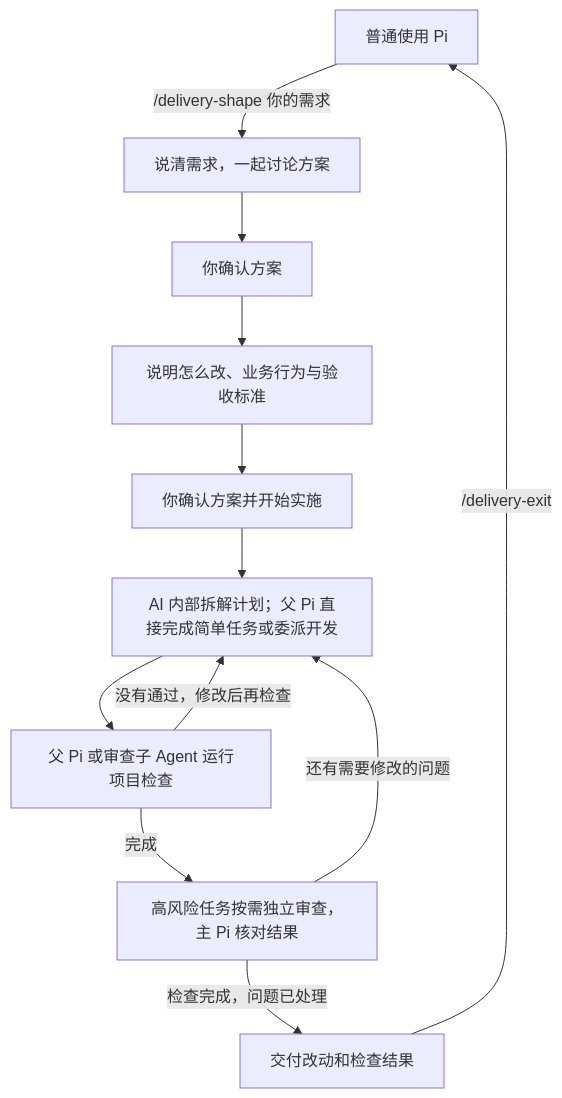
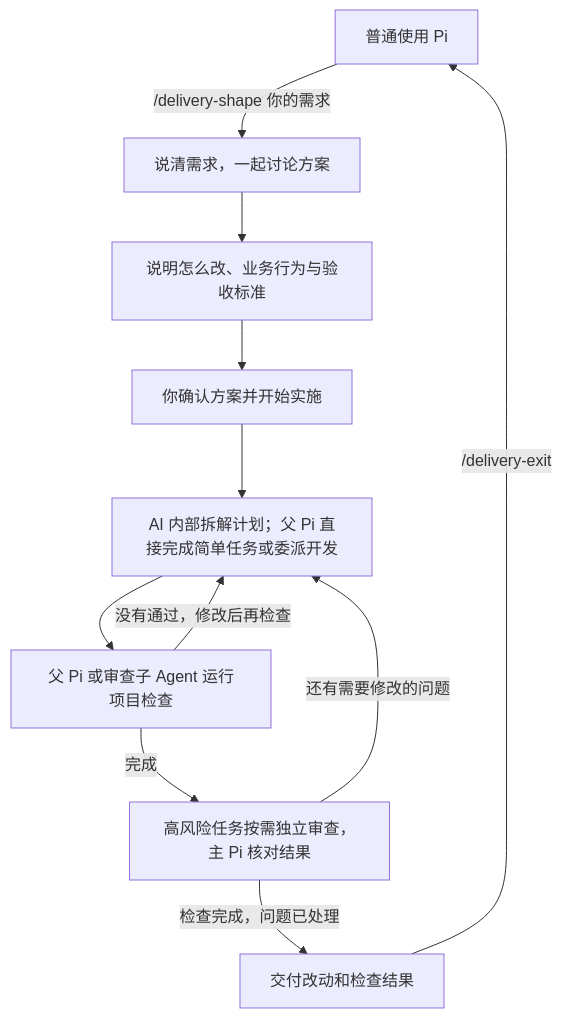
Before and after one commit to small-xiexu/pi-adaptive-delivery: the first of 2 diagrams in README.md, drawn with Mermaid. The commit also changed other lines of this file and 18 other files, not shown here.

````diff
--- a/README.md
+++ b/README.md
@@ -21,14 +21,13 @@
 ```mermaid
 flowchart TD
     A[普通使用 Pi] -->|/delivery-shape 你的需求| B[说清需求，一起讨论方案]
-    B --> C[你确认方案]
-    C --> D[说明怎么改、业务行为与验收标准]
-    D --> E[你确认方案并开始实施]
-    E --> F[AI 内部拆解计划；父 Pi 直接完成简单任务或委派开发]
-    F --> V[父 Pi 或审查子 Agent 运行项目检查]
-    V -->|完成| G[高风险任务按需独立审查，主 Pi 核对结果]
-    V -->|没有通过，修改后再检查| F
-    G -->|还有需要修改的问题| F
-    G -->|检查完成，问题已处理| H[交付改动和检查结果]
-    H -->|/delivery-exit| A
+    B --> C[说明怎么改、业务行为与验收标准]
+    C --> D[你确认方案并开始实施]
+    D --> E[AI 内部拆解计划；父 Pi 直接完成简单任务或委派开发]
+    E --> V[父 Pi 或审查子 Agent 运行项目检查]
+    V -->|完成| F[高风险任务按需独立审查，主 Pi 核对结果]
+    V -->|没有通过，修改后再检查| E
+    F -->|还有需要修改的问题| E
+    F -->|检查完成，问题已处理| G[交付改动和检查结果]
+    G -->|/delivery-exit| A
 ```
````
